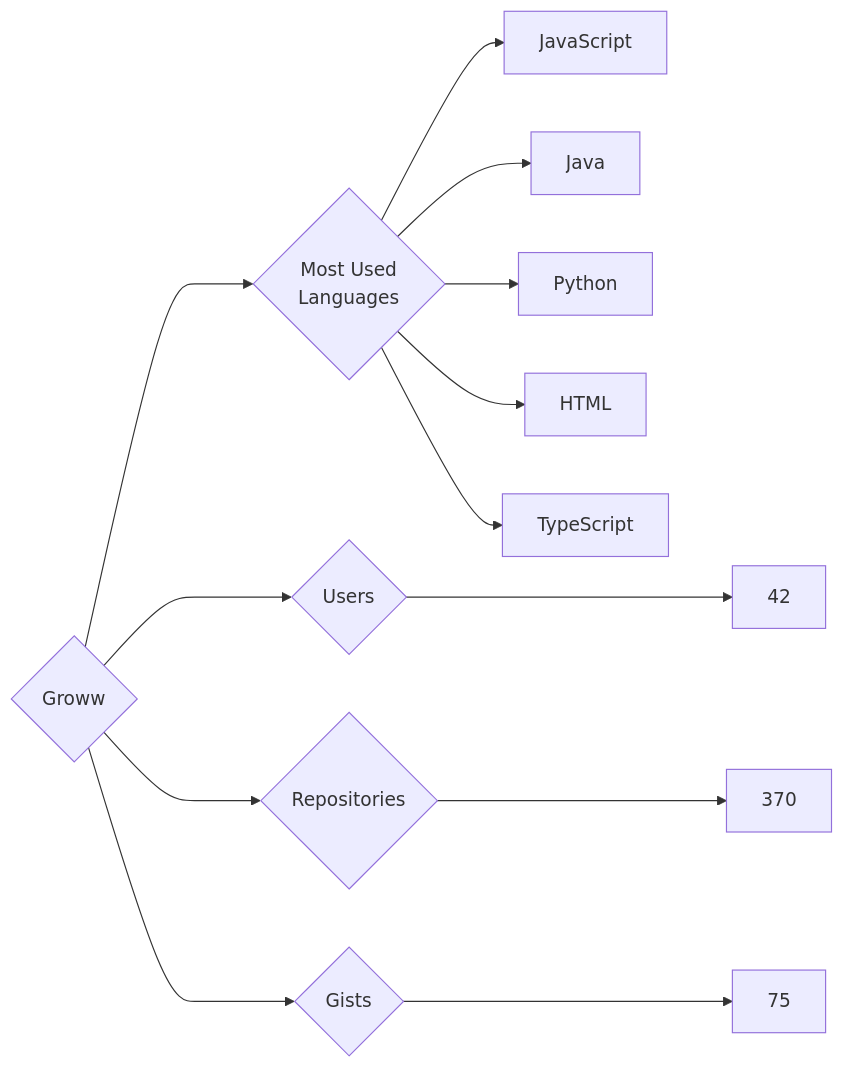
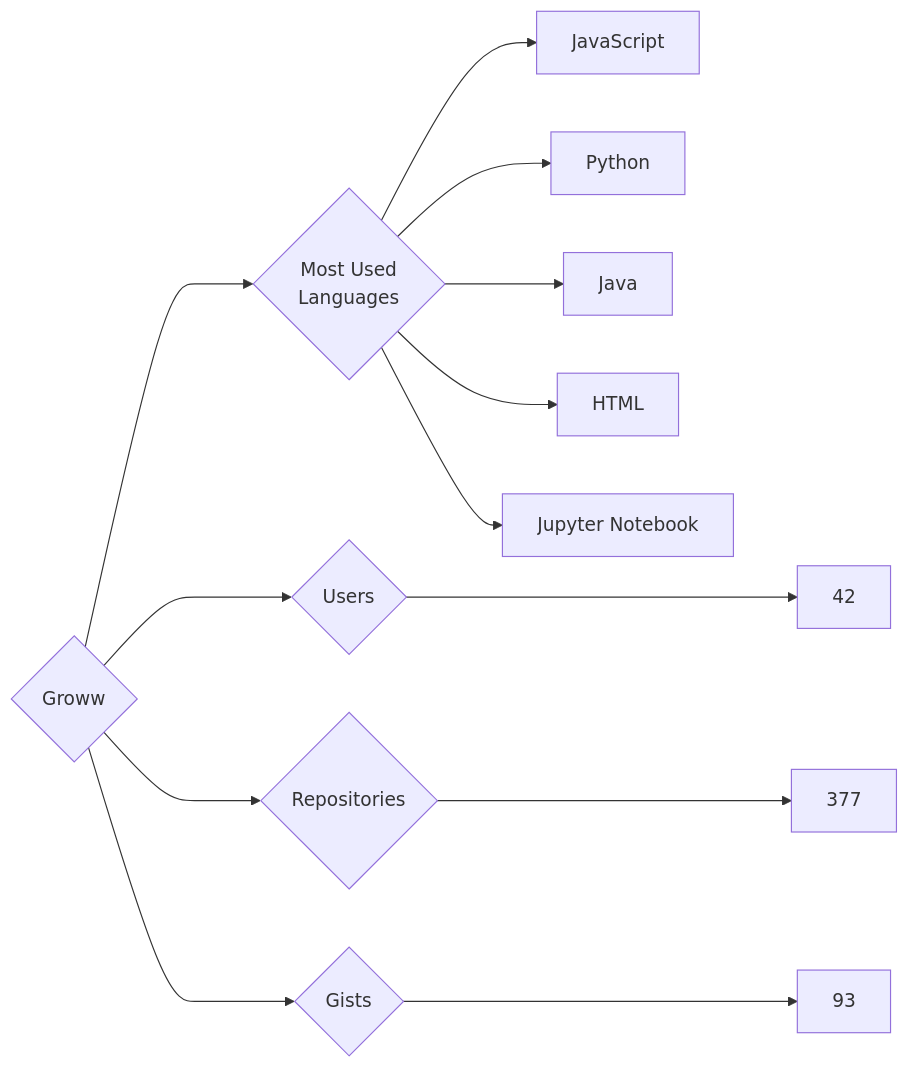
The diagram in targets/Groww/README.md (trickest/insiders), drawn with Mermaid before and after one commit. The commit also changed 935 other files, not shown here.

````diff
--- a/targets/Groww/README.md
+++ b/targets/Groww/README.md
@@ -3,13 +3,13 @@
 ```mermaid
 graph LR
 COMPANY_NAME{Groww}
 COMPANY_NAME ---> U{Users} ---> UN[42]
-COMPANY_NAME ---> R{Repositories} ---> RN[370]
-COMPANY_NAME ---> G{Gists} ---> GN[75]
+COMPANY_NAME ---> R{Repositories} ---> RN[377]
+COMPANY_NAME ---> G{Gists} ---> GN[93]
 COMPANY_NAME ---> ML{Most Used<br>Languages}
 ML --> JavaScript[JavaScript]
+ML --> Python[Python]
 ML --> Java[Java]
-ML --> Python[Python]
 ML --> HTML[HTML]
-ML --> TypeScript[TypeScript]
+ML --> Jupyter_Notebook[Jupyter Notebook]
 ```
````
